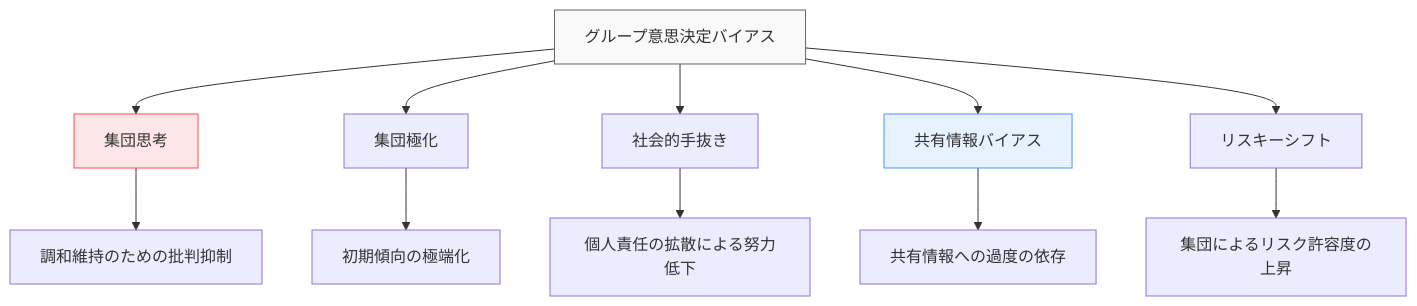
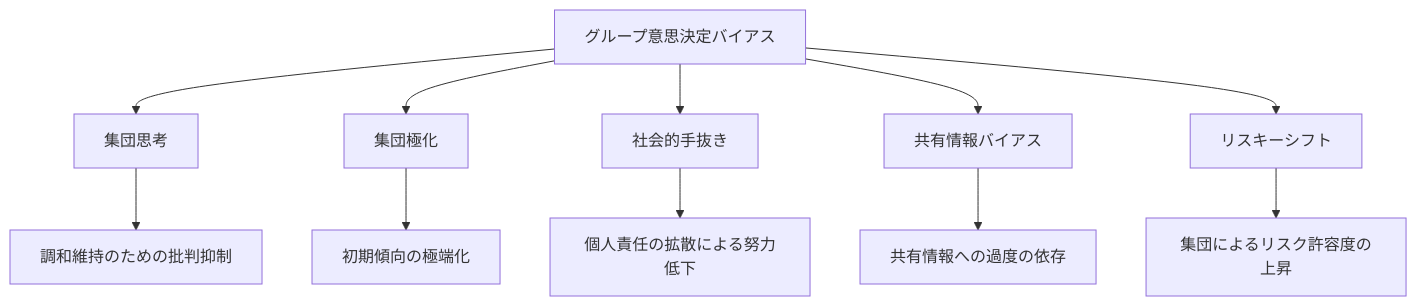
Before and after one commit to shuji-bonji/Situational-Awareness-and-Decision-Making: the sixth of 9 diagrams in docs/decision-making-guide/team-decision-making.md, drawn with Mermaid. The commit also changed other lines of this file and 49 other files, not shown here.

Commit message:
fix: ダークモードで見づらい図の色の変更

````diff
--- a/docs/decision-making-guide/team-decision-making.md
+++ b/docs/decision-making-guide/team-decision-making.md
@@ -401,18 +401,18 @@
 ```mermaid
 graph TD
     A[グループ意思決定バイアス] --> B[集団思考]
     A --> C[集団極化]
     A --> D[社会的手抜き]
     A --> E[共有情報バイアス]
     A --> F[リスキーシフト]
     
     B --> B1[調和維持のための批判抑制]
     C --> C1[初期傾向の極端化]
     D --> D1[個人責任の拡散による努力低下]
     E --> E1[共有情報への過度の依存]
     F --> F1[集団によるリスク許容度の上昇]
     
-    style A fill:#f9f9f9,stroke:#666
-    style B fill:#ffe6e6,stroke:#ff4d4d
-    style E fill:#e6f2ff,stroke:#4d94ff
+
+
+
 ```
````
